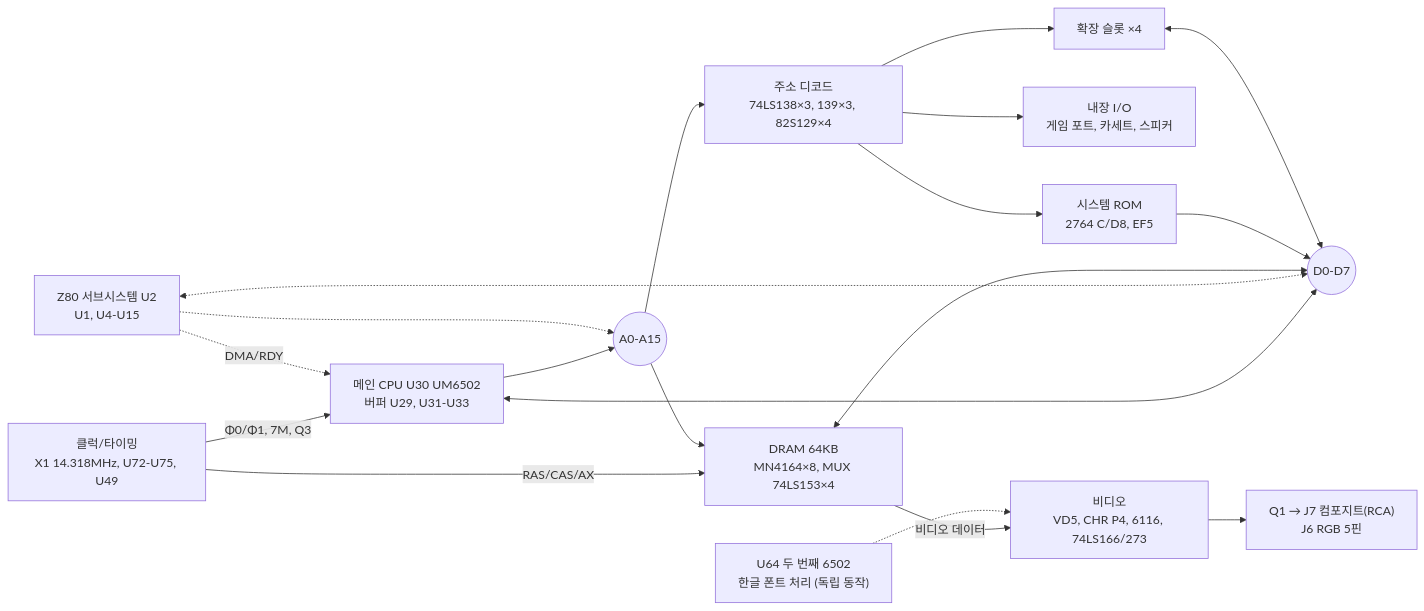
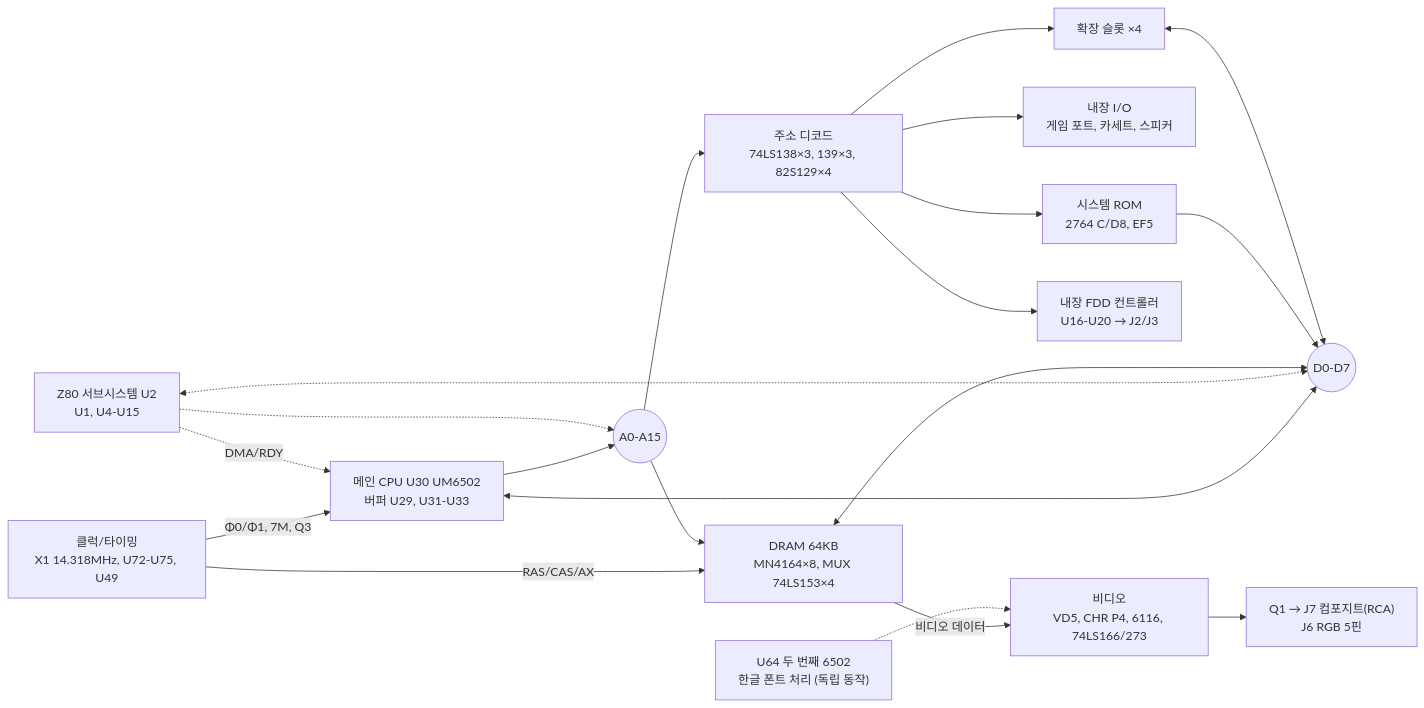
The diagram in docs/02-system-architecture.md (mildstorm/HART), drawn with Mermaid before and after one commit. The commit also changed other lines of this file and 4 other files, not shown here.

````diff
--- a/docs/02-system-architecture.md
+++ b/docs/02-system-architecture.md
@@ -11,21 +11,22 @@
 ```mermaid
 flowchart LR
   CLK["클럭/타이밍<br/>X1 14.318MHz, U72-U75, U49"] -->|Φ0/Φ1, 7M, Q3| CPU
   CLK -->|RAS/CAS/AX| RAM
   CPU["메인 CPU U30 UM6502<br/>버퍼 U29, U31-U33"] --> AB(("A0-A15"))
   CPU <--> DB(("D0-D7"))
   Z80["Z80 서브시스템 U2<br/>U1, U4-U15"] -.DMA/RDY.-> CPU
   Z80 -.-> AB
   Z80 <-.-> DB
   AB --> DEC["주소 디코드<br/>74LS138×3, 139×3, 82S129×4"]
   DEC --> ROM["시스템 ROM<br/>2764 C/D8, EF5"]
   DEC --> IO["내장 I/O<br/>게임 포트, 카세트, 스피커"]
   DEC --> SLOT["확장 슬롯 ×4"]
+  DEC --> FDC["내장 FDD 컨트롤러<br/>U16-U20 → J2/J3"]
   AB --> RAM["DRAM 64KB<br/>MN4164×8, MUX 74LS153×4"]
   RAM <--> DB
   ROM --> DB
   RAM -->|비디오 데이터| VID["비디오<br/>VD5, CHR P4, 6116, 74LS166/273"]
   VID --> OUT["Q1 → J7 컴포지트(RCA)<br/>J6 RGB 5핀"]
   U64["U64 두 번째 6502<br/>한글 폰트 처리 (독립 동작)"] -.-> VID
   SLOT <--> DB
 ```
````
